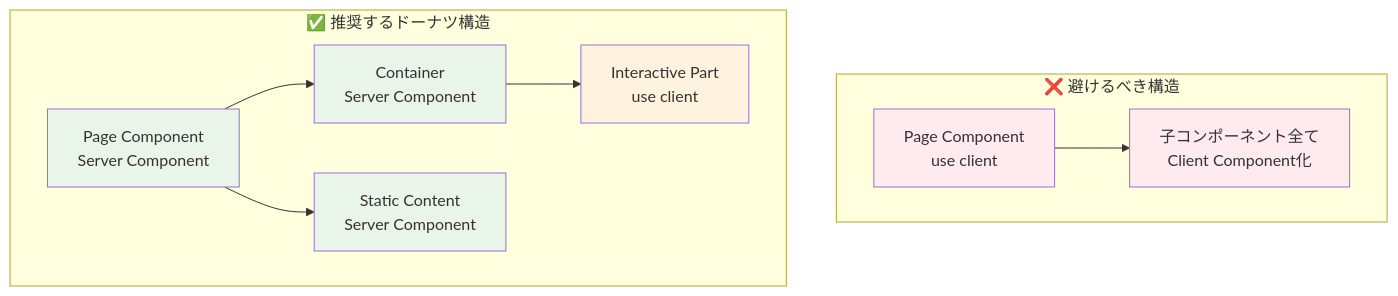
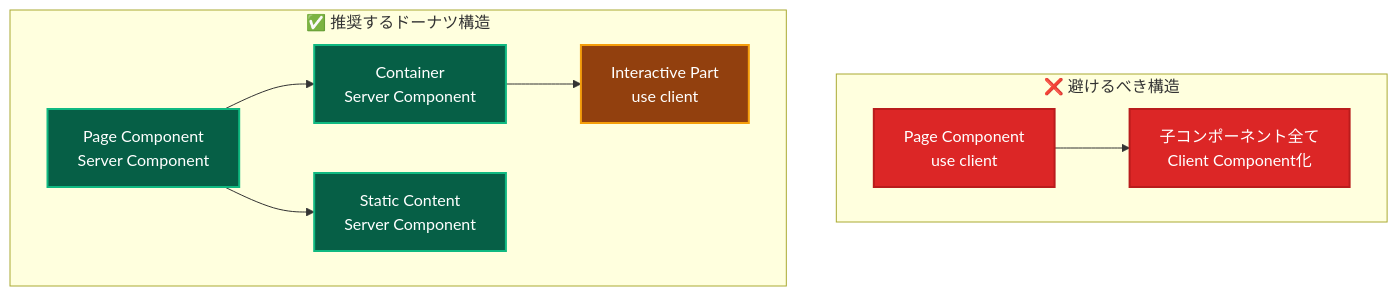
One commit to derushio/d-next-ddd-example changed the first of 4 diagrams in _DOCS/guides/frontend-best-practices.md. Above: the diagram before and after it, drawn with Mermaid. The commit also changed other lines of this file and 31 other files, not shown here.

Commit message:
🎨: DOCSのMermaid図表カラーテーマを暗色に統一し視認性を向上

````diff
--- a/_DOCS/guides/frontend-best-practices.md
+++ b/_DOCS/guides/frontend-best-practices.md
@@ -13,18 +13,18 @@
 ```mermaid
 graph TD
     subgraph "❌ 避けるべき構造"
         A1[Page Component <br/>use client] --> B1[子コンポーネント全て<br/>Client Component化]
-        style A1 fill:#ffebee
-        style B1 fill:#ffebee
+        style A1 fill:#dc2626,stroke:#b91c1c,stroke-width:2px,color:#ffffff
+        style B1 fill:#dc2626,stroke:#b91c1c,stroke-width:2px,color:#ffffff
     end
     
     subgraph "✅ 推奨するドーナツ構造"
         A2[Page Component <br/>Server Component] --> B2[Container<br/>Server Component]
         B2 --> C2[Interactive Part<br/>use client]
         A2 --> D2[Static Content<br/>Server Component]
-        style A2 fill:#e8f5e8
-        style B2 fill:#e8f5e8
-        style C2 fill:#fff3e0
-        style D2 fill:#e8f5e8
+        style A2 fill:#065f46,stroke:#10b981,stroke-width:2px,color:#ffffff
+        style B2 fill:#065f46,stroke:#10b981,stroke-width:2px,color:#ffffff
+        style C2 fill:#92400e,stroke:#f59e0b,stroke-width:2px,color:#ffffff
+        style D2 fill:#065f46,stroke:#10b981,stroke-width:2px,color:#ffffff
     end
 ```
````
